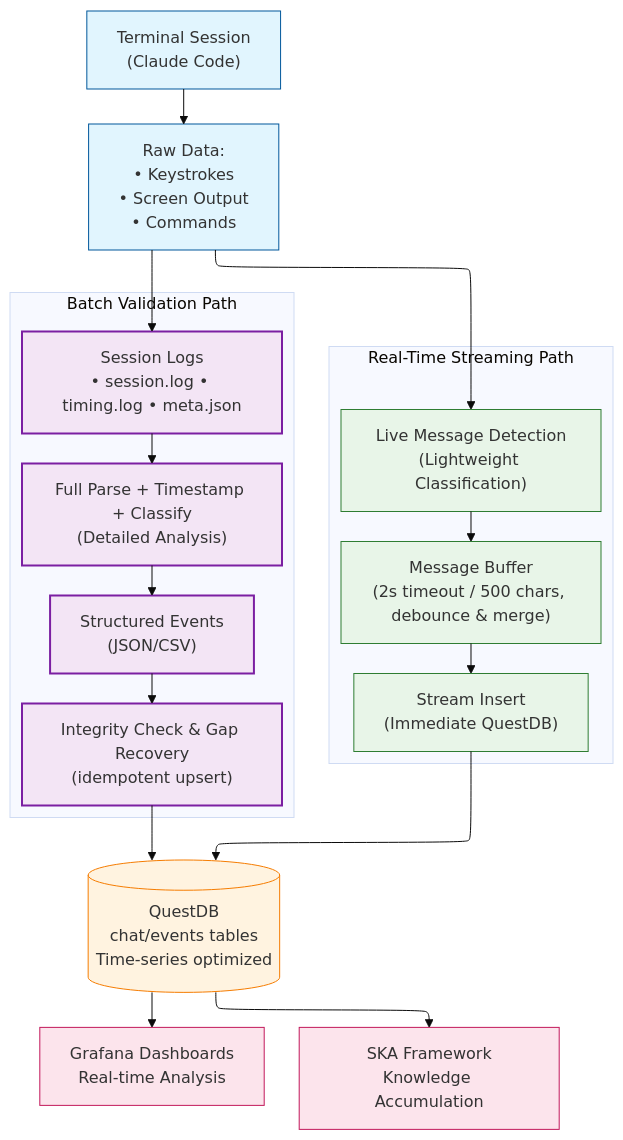
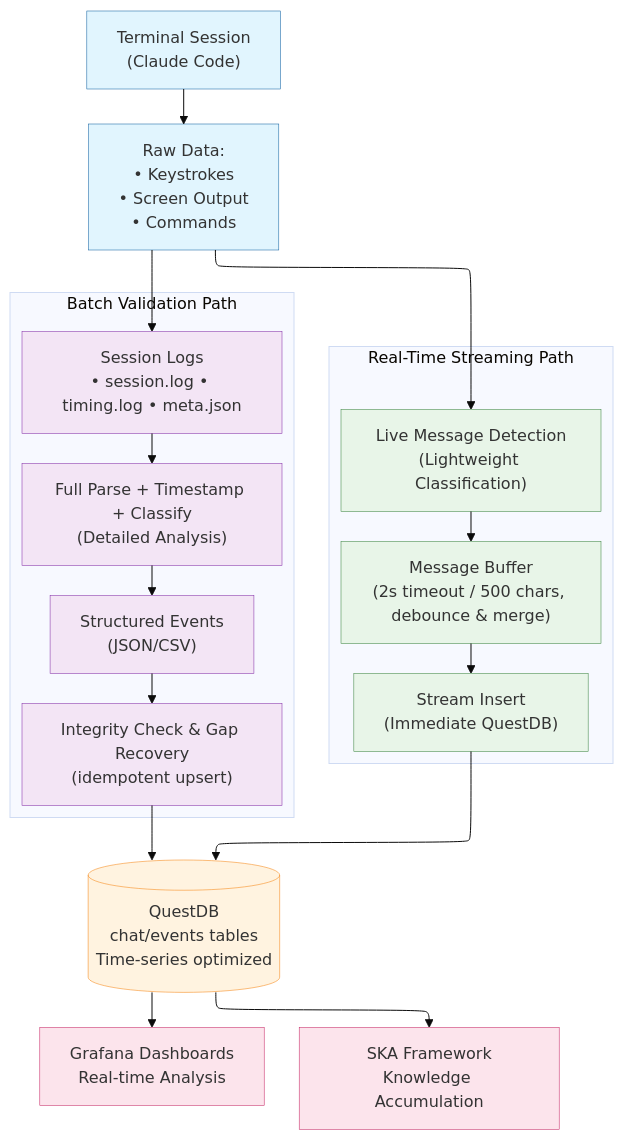
Before and after one commit to quantiota/AI-Agent-Host: the diagram in claude-code/chat-history/README.md, drawn with Mermaid.

````diff
--- a/claude-code/chat-history/README.md
+++ b/claude-code/chat-history/README.md
@@ -152,67 +152,67 @@
 ```mermaid
 ---
 config:
   look: classic
   theme: base
   layout: elk
 ---
 flowchart TD
     %% Input Layer
     terminal[" Terminal Session<br/>(Claude Code)"]
     raw["Raw Data:<br/>• Keystrokes<br/>• Screen Output<br/>• Commands"]
     
     %% Dual Processing Paths
     subgraph "Real-Time Streaming Path"
         direction TB
         realtime_detect[" Live Message Detection<br/>(Lightweight Classification)"]
         message_buffer[" Message Buffer<br/>(2s timeout / 500 chars, debounce & merge)"]
         stream_insert[" Stream Insert<br/>(Immediate QuestDB)"]
     end
     
     subgraph "Batch Validation Path"
         direction TB
         logs[" Session Logs<br/>• session.log • timing.log • meta.json"]
         parser[" Full Parse + Timestamp + Classify<br/>(Detailed Analysis)"]
         events[" Structured Events<br/>(JSON/CSV)"]
         validate[" Integrity Check & Gap Recovery<br/>(idempotent upsert)"]
     end
     
     %% Database and Intelligence
     questdb[(" QuestDB<br/>chat/events tables<br/>Time-series optimized")]
     grafana[" Grafana Dashboards<br/>Real-time Analysis"]
     ska[" SKA Framework<br/>Knowledge Accumulation"]
     
     %% Flow Connections
     terminal --> raw
     raw --> realtime_detect
     raw --> logs
     
     %% Real-time path
     realtime_detect --> message_buffer
     message_buffer --> stream_insert
     stream_insert --> questdb
     
     %% Batch validation path  
     logs --> parser
     parser --> events
     events --> validate
     validate --> questdb
     
     %% Intelligence layer
     questdb --> grafana
     questdb --> ska
     
     %% Styling
-    classDef input fill:#e1f5fe,stroke:#01579b,stroke-width:1px
-    classDef realtime fill:#e8f5e8,stroke:#2e7d32,stroke-width:1px
-    classDef batch fill:#f3e5f5,stroke:#7b1fa2,stroke-width:2px
-    classDef storage fill:#fff3e0,stroke:#f57c00,stroke-width:1px
-    classDef intelligence fill:#fce4ec,stroke:#c2185b,stroke-width:1px
+    classDef input fill:#e1f5fe,stroke:#01579b,stroke-width:0.5px
+    classDef realtime fill:#e8f5e8,stroke:#2e7d32,stroke-width:0.5px
+    classDef batch fill:#f3e5f5,stroke:#7b1fa2,stroke-width:0.5px
+    classDef storage fill:#fff3e0,stroke:#f57c00,stroke-width:0.5px
+    classDef intelligence fill:#fce4ec,stroke:#c2185b,stroke-width:0.5px
     
     class terminal,raw input
     class realtime_detect,message_buffer,stream_insert realtime
     class logs,parser,events,validate batch
     class questdb storage
     class grafana,ska intelligence
 
 ```
````
